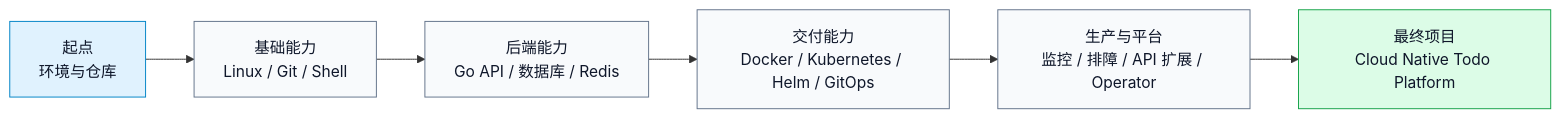
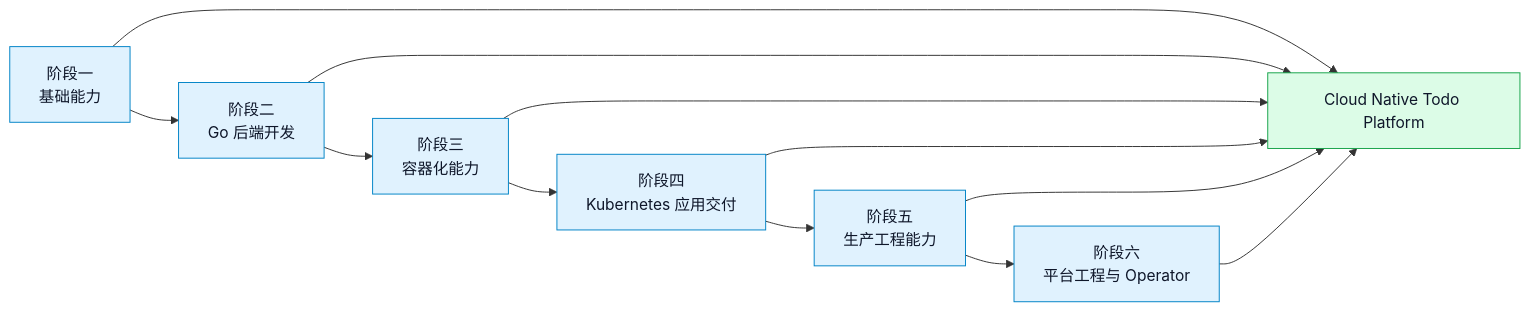
One commit to yleoer/cloud-native-todo-platform-docs changed the diagram in docs/chapters/stage-01-foundation/01-course-guide-env.md. Above: the diagram before and after it, drawn with Mermaid. The commit also changed other lines of this file and 2 other files, not shown here.

````diff
--- a/docs/chapters/stage-01-foundation/01-course-guide-env.md
+++ b/docs/chapters/stage-01-foundation/01-course-guide-env.md
@@ -97,15 +66,20 @@
 ```mermaid
 flowchart LR
-    A["起点<br/>环境与仓库"] --> B["基础能力<br/>Linux / Git / Shell"]
-    B --> C["后端能力<br/>Go API / 数据库 / Redis"]
-    C --> D["交付能力<br/>Docker / Kubernetes / Helm / GitOps"]
-    D --> E["生产与平台<br/>监控 / 排障 / API 扩展 / Operator"]
-    E --> F["最终项目<br/>Cloud Native Todo Platform"]
+    A["阶段一<br/>基础能力"] --> B["阶段二<br/>Go 后端开发"]
+    B --> C["阶段三<br/>容器化能力"]
+    C --> D["阶段四<br/>Kubernetes 应用交付"]
+    D --> E["阶段五<br/>生产工程能力"]
+    E --> F["阶段六<br/>平台工程与 Operator"]
 
-    classDef current fill:#e0f2fe,stroke:#0284c7,color:#0f172a
-    classDef stage fill:#f8fafc,stroke:#64748b,color:#0f172a
+    A --> P["Cloud Native Todo Platform"]
+    B --> P
+    C --> P
+    D --> P
+    E --> P
+    F --> P
+
+    classDef stage fill:#e0f2fe,stroke:#0284c7,color:#0f172a
     classDef project fill:#dcfce7,stroke:#16a34a,color:#0f172a
-    class A current
-    class B,C,D,E stage
-    class F project
+    class A,B,C,D,E,F stage
+    class P project
 ```
````
